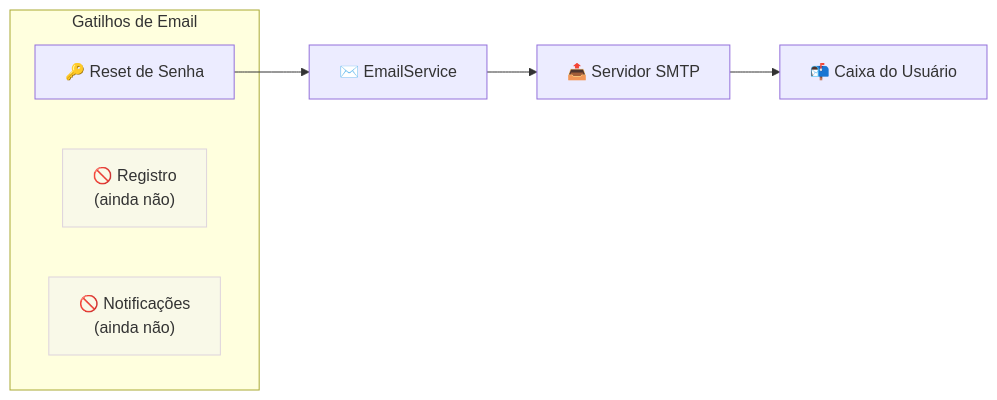
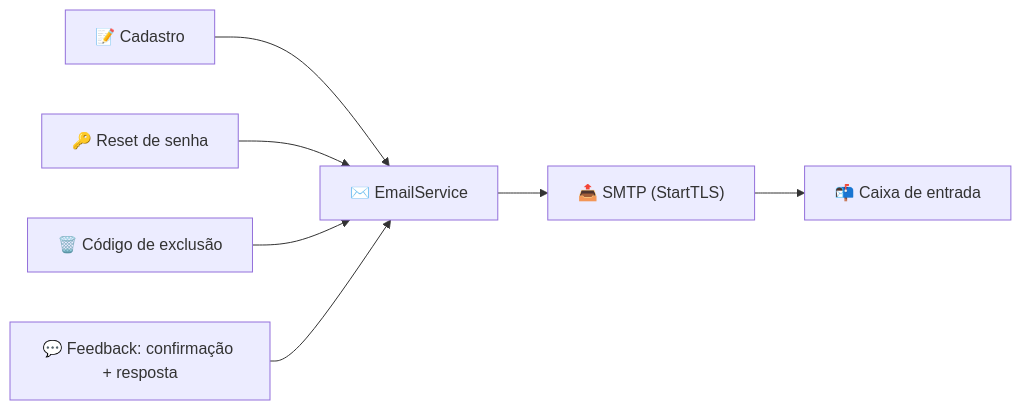
One commit to AndDev741/Beyou-arch-design changed the diagram in architecture/email-service/pt.md. Above: the diagram before and after it, drawn with Mermaid. The commit also changed other lines of this file and 3 other files, not shown here.

First line of the commit message:
docs(architecture): the email topic catches up to five mails

````diff
--- a/architecture/email-service/pt.md
+++ b/architecture/email-service/pt.md
@@ -12,15 +22,8 @@
 ```mermaid
 flowchart LR
-  subgraph "Gatilhos de Email"
-    PR["🔑 Reset de Senha"]
-    F1["🚫 Registro<br/>(ainda não)"]
-    F2["🚫 Notificações<br/>(ainda não)"]
-  end
-
-  PR --> ES["✉️ EmailService"]
-  ES --> SMTP["📤 Servidor SMTP"]
-  SMTP --> USER["📬 Caixa do Usuário"]
-
-  style F1 opacity:0.3
-  style F2 opacity:0.3
+  REG["📝 Cadastro"] --> ES["✉️ EmailService"]
+  PR["🔑 Reset de senha"] --> ES
+  DEL["🗑️ Código de exclusão"] --> ES
+  FB["💬 Feedback: confirmação + resposta"] --> ES
+  ES --> SMTP["📤 SMTP (StartTLS)"] --> INBOX["📬 Caixa de entrada"]
 ```
````
